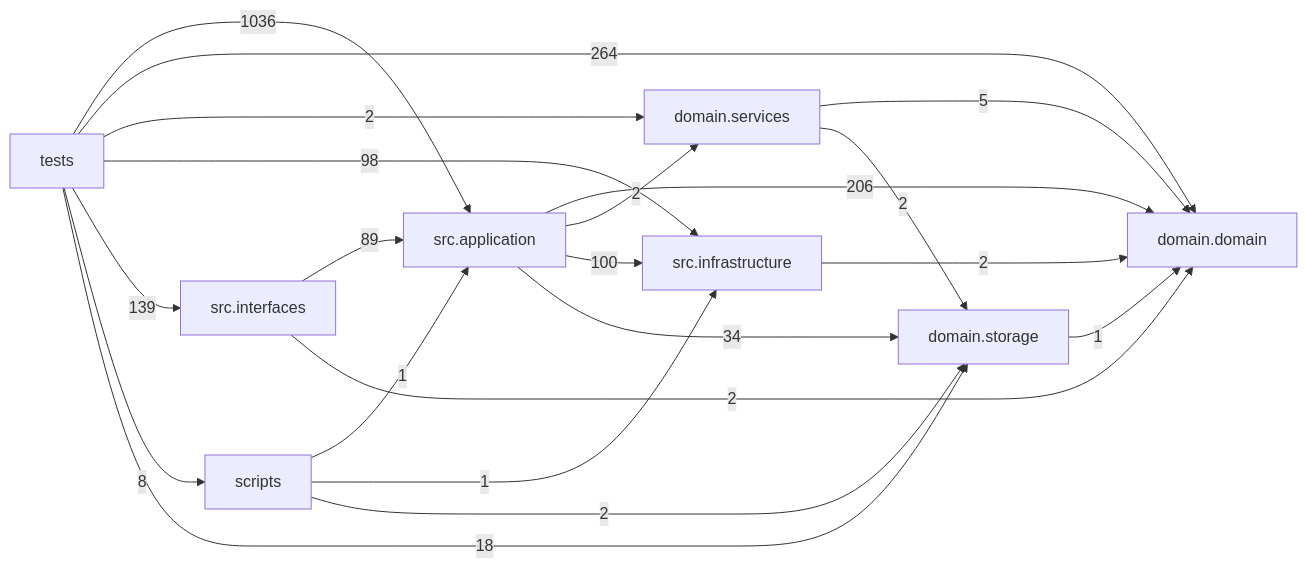
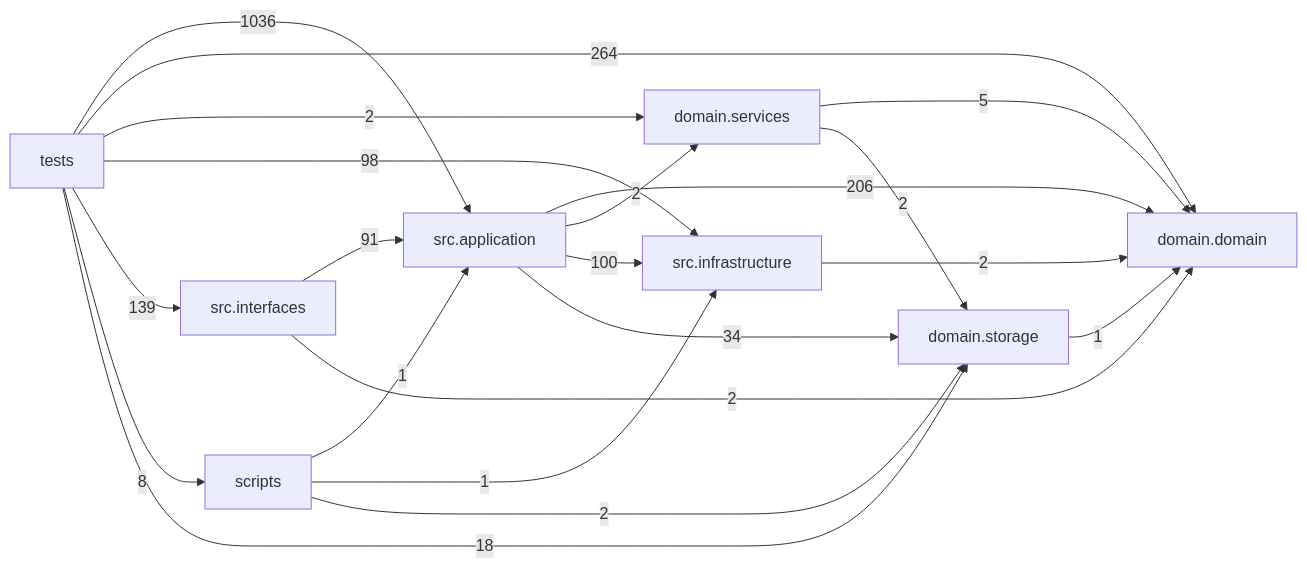
The diagram in docs/DEPENDENCY_GRAPH.md (liuxie066/options-monitor), drawn with Mermaid before and after one commit. The commit also changed other lines of this file and 3 other files, not shown here.

````diff
--- a/docs/DEPENDENCY_GRAPH.md
+++ b/docs/DEPENDENCY_GRAPH.md
@@ -24,31 +24,31 @@
 ```mermaid
 flowchart LR
   tests["tests"]
   scripts["scripts"]
   interfaces["src.interfaces"]
   application["src.application"]
   infrastructure["src.infrastructure"]
   domain_services["domain.services"]
   domain["domain.domain"]
   storage["domain.storage"]
   application -->|206| domain
   application -->|2| domain_services
   application -->|100| infrastructure
   application -->|34| storage
   domain_services -->|5| domain
   domain_services -->|2| storage
   infrastructure -->|2| domain
-  interfaces -->|89| application
+  interfaces -->|91| application
   interfaces -->|2| domain
   scripts -->|1| application
   scripts -->|1| infrastructure
   scripts -->|2| storage
   storage -->|1| domain
   tests -->|1036| application
   tests -->|264| domain
   tests -->|2| domain_services
   tests -->|98| infrastructure
   tests -->|139| interfaces
   tests -->|8| scripts
   tests -->|18| storage
 ```
````
